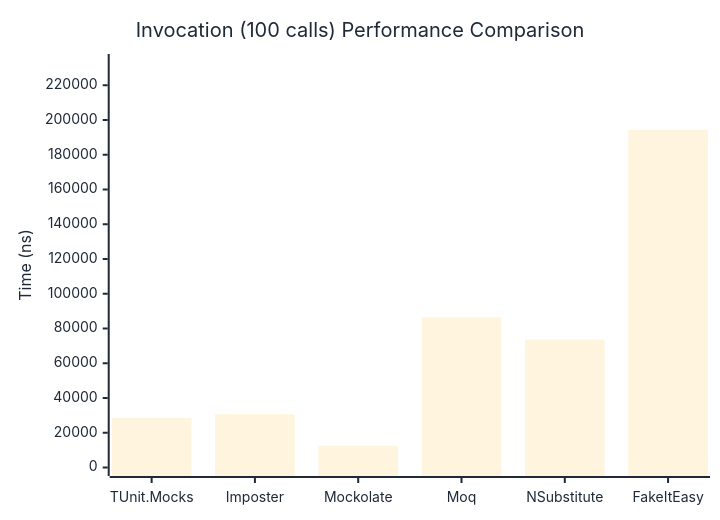
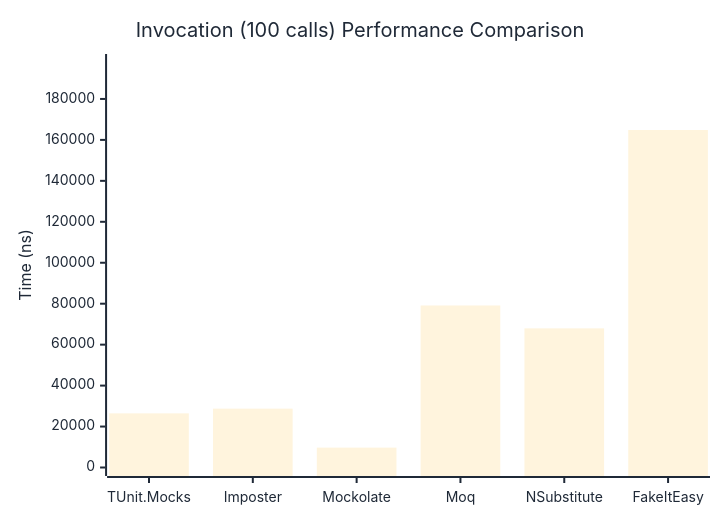
Before and after one commit to thomhurst/TUnit: the third of 3 diagrams in docs/docs/benchmarks/mocks/Invocation.md, drawn with Mermaid. The commit also changed other lines of this file and 14 other files, not shown here.

````diff
--- a/docs/docs/benchmarks/mocks/Invocation.md
+++ b/docs/docs/benchmarks/mocks/Invocation.md
@@ -112,27 +112,27 @@
 ```mermaid
 %%{init: {
   'theme':'base',
   'themeVariables': {
     'primaryColor': '#2563eb',
     'primaryTextColor': '#1f2937',
     'primaryBorderColor': '#1e40af',
     'lineColor': '#6b7280',
     'secondaryColor': '#7c3aed',
     'tertiaryColor': '#dc2626',
     'background': '#ffffff',
     'pie1': '#2563eb',
     'pie2': '#7c3aed',
     'pie3': '#dc2626',
     'pie4': '#f59e0b',
     'pie5': '#10b981',
     'pie6': '#06b6d4',
     'pie7': '#ec4899',
     'pie8': '#6366f1'
   }
 }}%%
 xychart-beta
   title "Invocation (100 calls) Performance Comparison"
   x-axis ["TUnit.Mocks", "Imposter", "Mockolate", "Moq", "NSubstitute", "FakeItEasy"]
-  y-axis "Time (ns)" 0 --> 233087
-  bar [28496.1, 30685.8, 12529.8, 86416.3, 73579.7, 194238.6]
+  y-axis "Time (ns)" 0 --> 197800
+  bar [26433.56, 28740.27, 9707.59, 79127.19, 67952.24, 164832.53]
 ```
````
